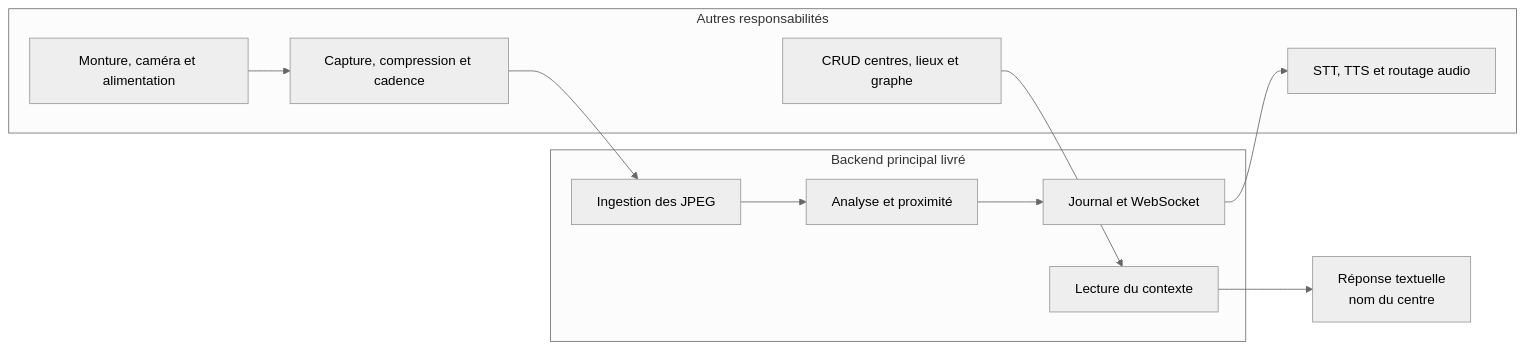
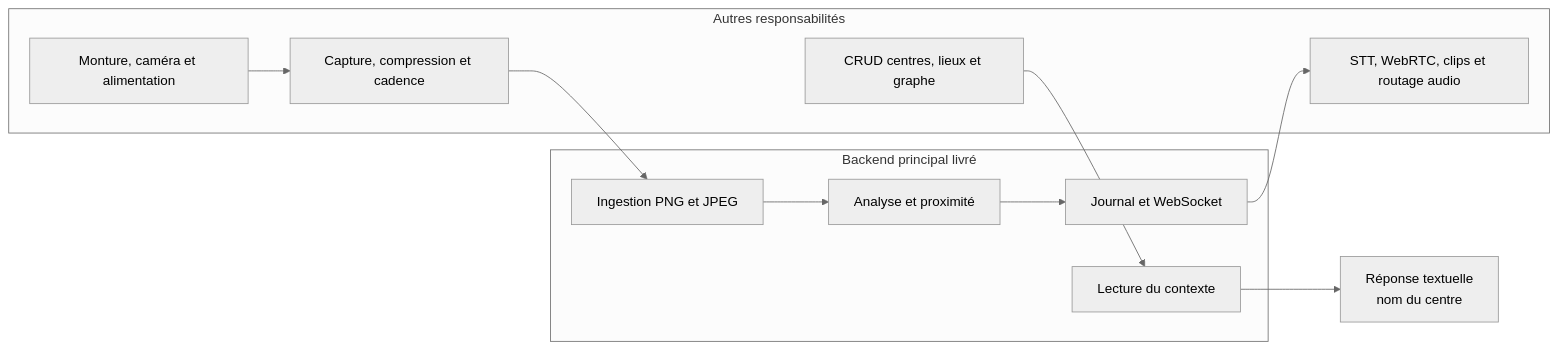
One commit to Mindsept/Looki--Vision changed the seventh of 7 diagrams in docs/01-architecture.md. Above: the diagram before and after it, drawn with Mermaid (neutral theme). The commit also changed other lines of this file and 56 other files, not shown here.

Commit message:
feat(contracts): implement mobile realtime lifecycle and PNG ingestion

````diff
--- a/docs/01-architecture.md
+++ b/docs/01-architecture.md
@@ -249,22 +234,22 @@
 ```mermaid
 flowchart LR
     subgraph HorsBackend[Autres responsabilités]
         Mechanics[Monture, caméra et alimentation]
         Capture[Capture, compression et cadence]
-        Speech[STT, TTS et routage audio]
+        Speech[STT, WebRTC, clips et routage audio]
         Admin[CRUD centres, lieux et graphe]
     end
     subgraph Backend[Backend principal livré]
-        Ingest[Ingestion des JPEG]
+        Ingest[Ingestion PNG et JPEG]
         Infer[Analyse et proximité]
         Notify[Journal et WebSocket]
         Context[Lecture du contexte]
     end
     Capture --> Ingest
     Mechanics --> Capture
     Ingest --> Infer
     Infer --> Notify
     Notify --> Speech
     Admin --> Context
     Context --> Questions[Réponse textuelle<br/>nom du centre]
 ```
````
